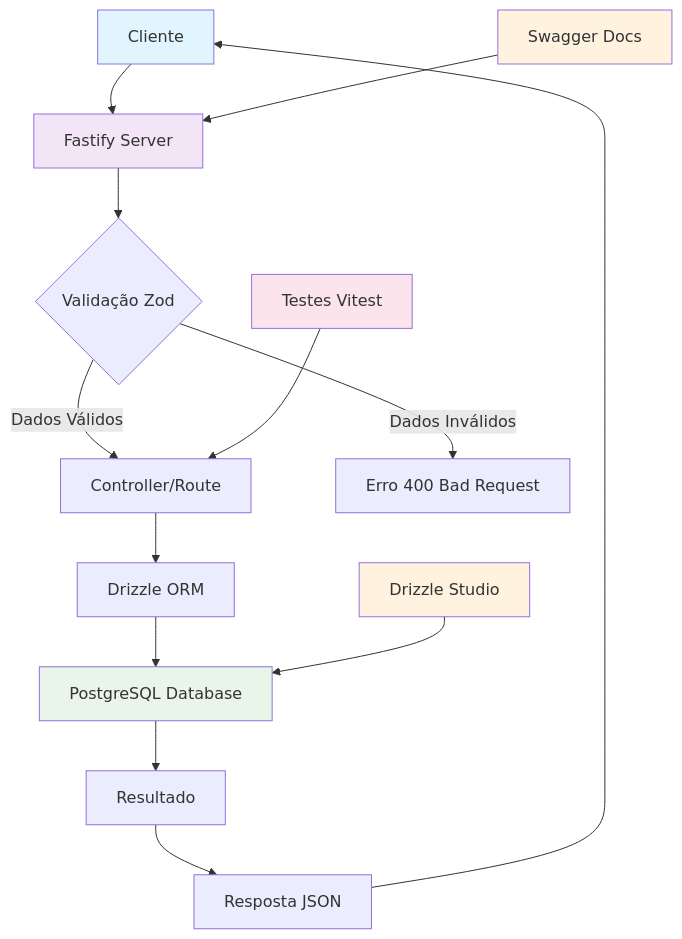
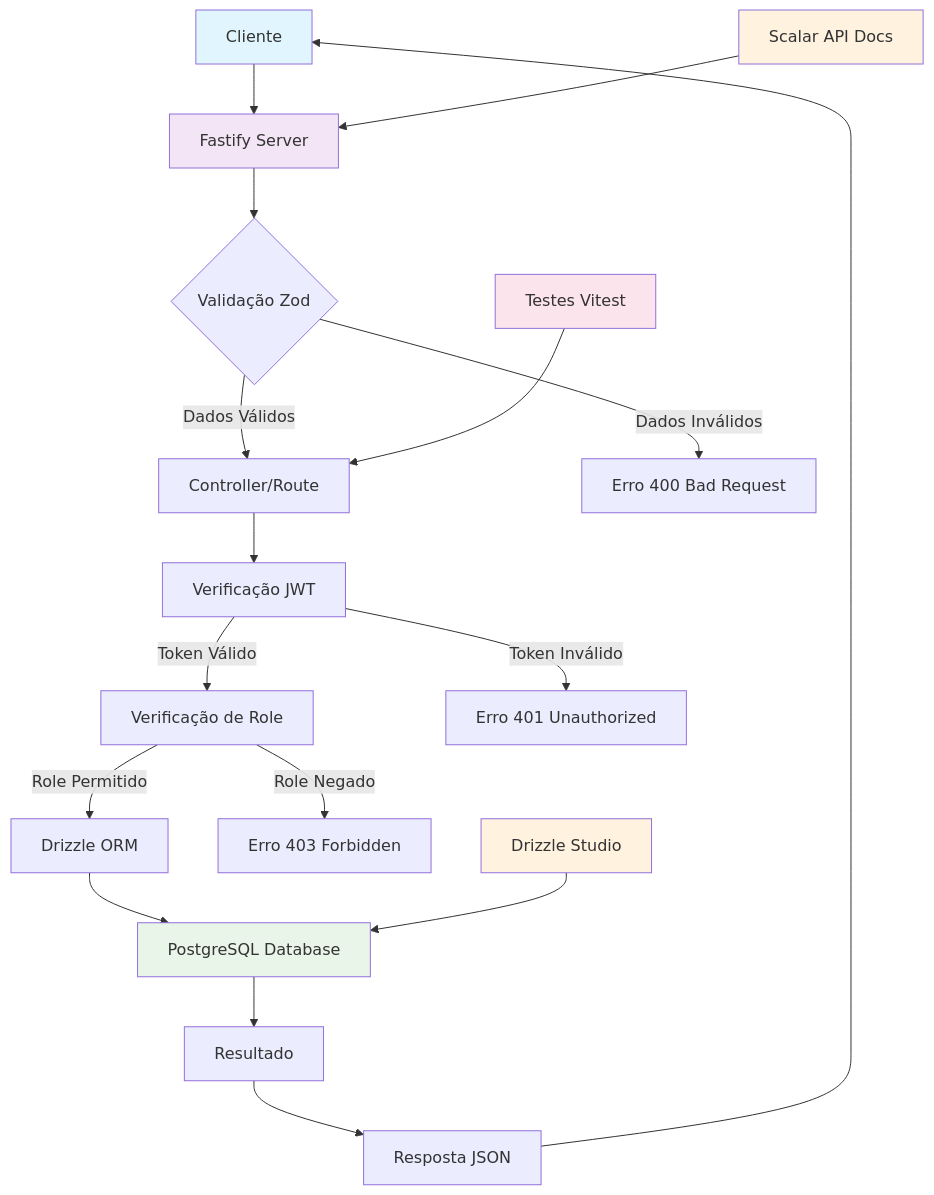
Before and after one commit to duizz/desafio-nodeJs: the diagram in README.md, drawn with Mermaid. The commit also changed other lines of this file, not shown here.

````diff
--- a/README.md
+++ b/README.md
@@ -44,23 +46,27 @@
 ```mermaid
 graph TD
     A[Cliente] --> B[Fastify Server]
     B --> C{Validação Zod}
     C -->|Dados Válidos| D[Controller/Route]
     C -->|Dados Inválidos| E[Erro 400 Bad Request]
-    D --> F[Drizzle ORM]
-    F --> G[PostgreSQL Database]
-    G --> H[Resultado]
-    H --> I[Resposta JSON]
-    I --> A
+    D --> F[Verificação JWT]
+    F -->|Token Válido| G[Verificação de Role]
+    F -->|Token Inválido| H[Erro 401 Unauthorized]
+    G -->|Role Permitido| I[Drizzle ORM]
+    G -->|Role Negado| J[Erro 403 Forbidden]
+    I --> K[PostgreSQL Database]
+    K --> L[Resultado]
+    L --> M[Resposta JSON]
+    M --> A
     
-    J[Swagger Docs] --> B
-    K[Drizzle Studio] --> G
-    L[Testes Vitest] --> D
+    N[Scalar API Docs] --> B
+    O[Drizzle Studio] --> K
+    P[Testes Vitest] --> D
     
     style A fill:#e1f5fe
     style B fill:#f3e5f5
-    style G fill:#e8f5e8
-    style J fill:#fff3e0
-    style K fill:#fff3e0
-    style L fill:#fce4ec
+    style K fill:#e8f5e8
+    style N fill:#fff3e0
+    style O fill:#fff3e0
+    style P fill:#fce4ec
 ```
````
